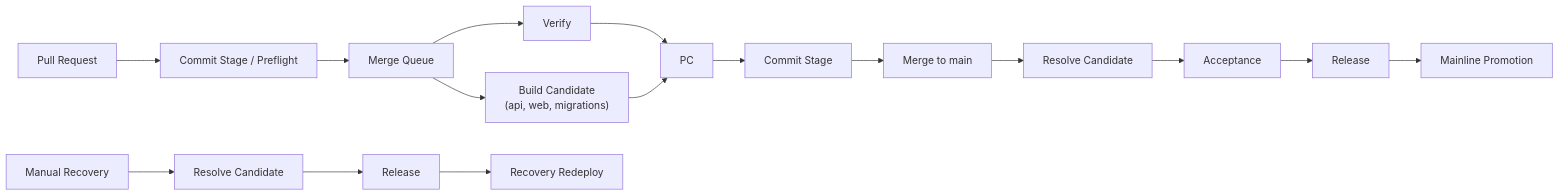
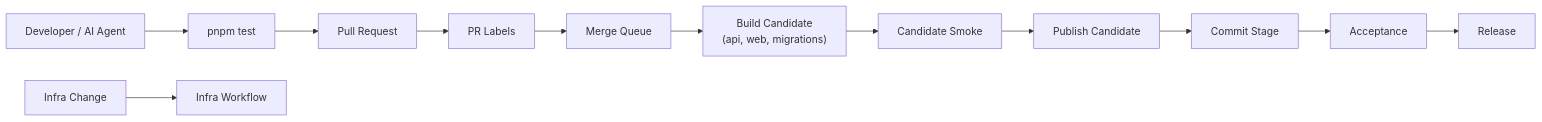
The diagram in platform/pipeline/README.md (glcsolutions-ca/compass), drawn with Mermaid before and after one commit. The commit also changed other lines of this file and 40 other files, not shown here.

````diff
--- a/platform/pipeline/README.md
+++ b/platform/pipeline/README.md
@@ -3,21 +3,16 @@
 ```mermaid
 flowchart LR
-    PR["Pull Request"] --> PF["Commit Stage / Preflight"]
+    DEV["Developer / AI Agent"] --> LOCAL["pnpm test"]
+    LOCAL --> PR["Pull Request"]
+    PR --> PF["PR Labels"]
     PF --> MQ["Merge Queue"]
 
-    MQ --> VR["Verify"]
     MQ --> BC["Build Candidate\n(api, web, migrations)"]
-    VR --> PC
-    BC --> PC
+    BC --> SM["Candidate Smoke"]
+    SM --> PC["Publish Candidate"]
     PC --> CS["Commit Stage"]
-    CS --> MAIN["Merge to main"]
+    CS --> ACC["Acceptance"]
+    ACC --> REL["Release"]
 
-    MAIN --> RES["Resolve Candidate"]
-    RES --> ACC["Acceptance"]
-    ACC --> REL["Release"]
-    REL --> MP["Mainline Promotion"]
-
-    REC["Manual Recovery"] --> RRES["Resolve Candidate"]
-    RRES --> RREL["Release"]
-    RREL --> RR["Recovery Redeploy"]
+    INFRA["Infra Change"] --> IW["Infra Workflow"]
 ```
````
